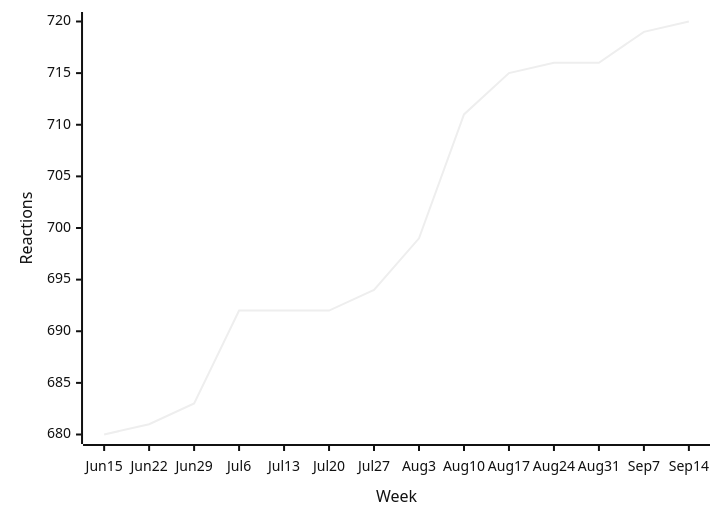
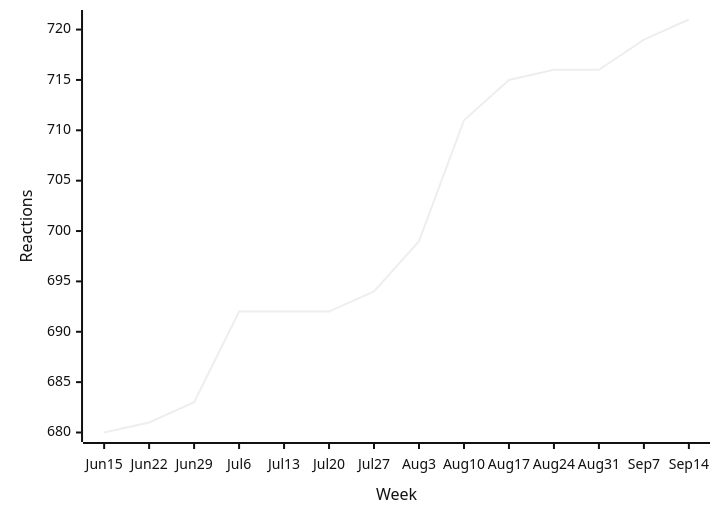
One commit to loic-sharma/github-insights changed the first of 40 diagrams in README.md. Above: the diagram before and after it, drawn with Mermaid (neutral theme). The commit also changed other lines of this file and 3 other files, not shown here.

````diff
--- a/README.md
+++ b/README.md
@@ -324,6 +324,6 @@
   ```mermaid
   xychart-beta
     x-axis "Week" [Jun 15, Jun 22, Jun 29, Jul 6, Jul 13, Jul 20, Jul 27, Aug 3, Aug 10, Aug 17, Aug 24, Aug 31, Sep 7, Sep 14]
     y-axis "Reactions"
-    line [680, 681, 683, 692, 692, 692, 694, 699, 711, 715, 716, 716, 719, 720]
+    line [680, 681, 683, 692, 692, 692, 694, 699, 711, 715, 716, 716, 719, 721]
   ```
````
